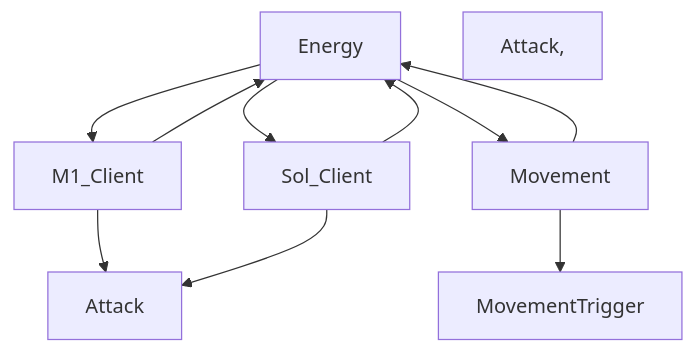
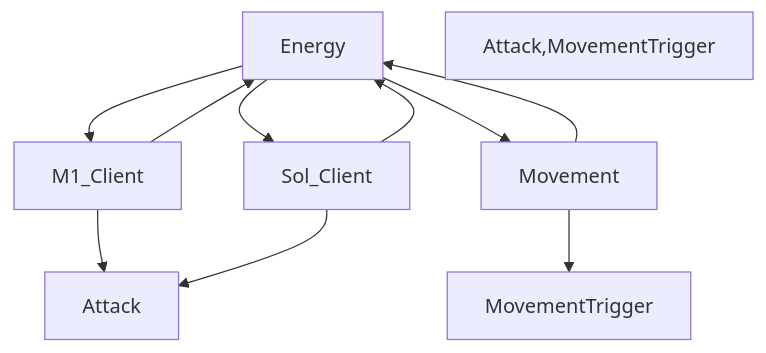
Before and after one commit to altair5607249/Crusaders-Game: the diagram in README.md, drawn with Mermaid.

````diff
--- a/README.md
+++ b/README.md
@@ -21,14 +21,14 @@
 ```mermaid
 graph TD;
 
-  classDef remoteEvent fill:#FF7F00
+  classDef remoteEvent fill:#FF7F00,stroke:#000000,color:#000000
 
   Energy-->M1_Client-->Energy;
   Energy-->Sol_Client-->Energy;
   Energy-->Movement-->Energy;
   M1_Client-->Attack;
   Sol_Client-->Attack;
   Movement-->MovementTrigger;
 
-  style Attack, MovementTrigger remoteEvent
+  style Attack,MovementTrigger remoteEvent
 ```  
````
